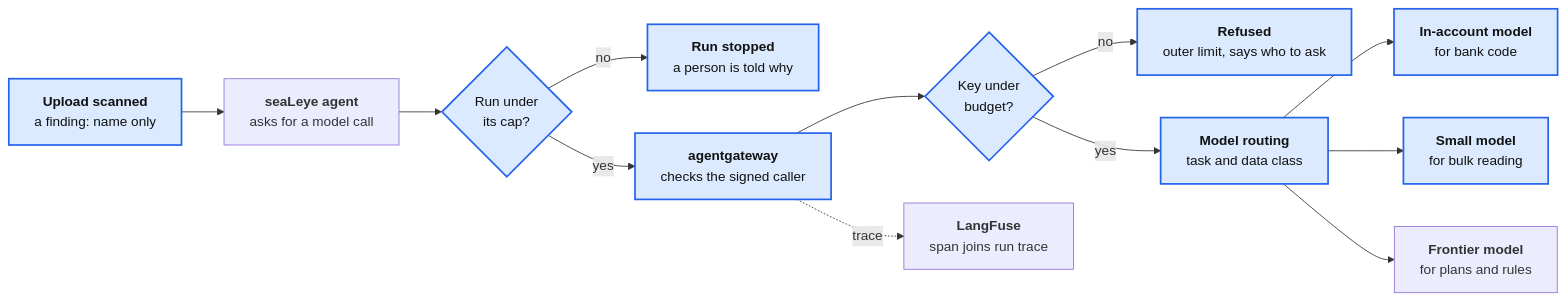
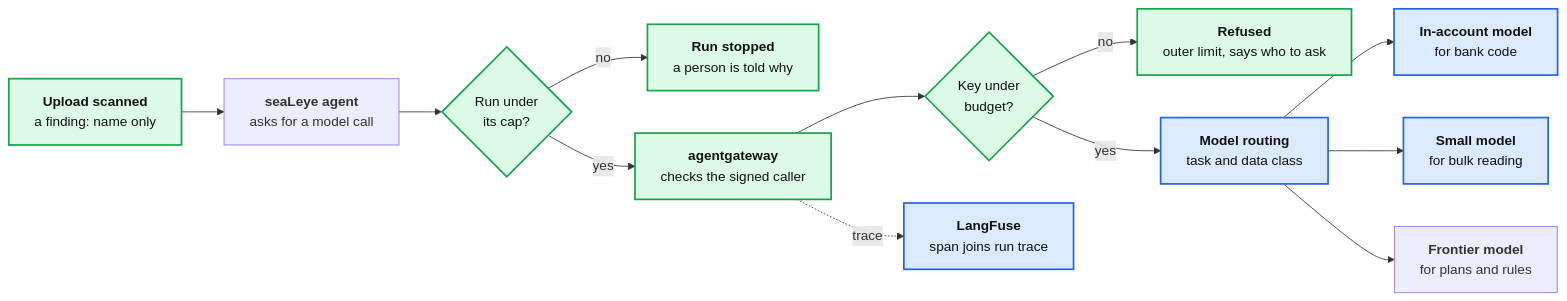
The fourth of 12 diagrams in docs/BUILD-OUT.md (GregKliewer/sealeye), drawn with Mermaid before and after one commit. The commit also changed other lines of this file and 4 other files, not shown here.

````diff
--- a/docs/BUILD-OUT.md
+++ b/docs/BUILD-OUT.md
@@ -124,16 +128,18 @@
 ```mermaid
 flowchart LR
   upload["<b>Upload scanned</b><br/>a finding: name only"] --> agent["<b>seaLeye agent</b><br/>asks for a model call"]
   agent --> cap{"Run under<br/>its cap?"}
   cap -- no --> stop["<b>Run stopped</b><br/>a person is told why"]
   cap -- yes --> gw["<b>agentgateway</b><br/>checks the signed caller"]
   gw --> budget{"Key under<br/>budget?"}
   budget -- no --> outer["<b>Refused</b><br/>outer limit, says who to ask"]
   budget -- yes --> router["<b>Model routing</b><br/>task and data class"]
   router --> inacct["<b>In-account model</b><br/>for bank code"]
   router --> small["<b>Small model</b><br/>for bulk reading"]
   router --> frontier["<b>Frontier model</b><br/>for plans and rules"]
   gw -. trace .-> lf["<b>LangFuse</b><br/>span joins run trace"]
   classDef new fill:#dbeafe,stroke:#2563eb,stroke-width:2px,color:#111
-  class upload,cap,stop,gw,budget,outer,router,inacct,small new
+  classDef built fill:#dcfce7,stroke:#16a34a,stroke-width:2px,color:#111
+  class router,inacct,small,lf new
+  class upload,cap,stop,gw,budget,outer built
 ```
````
